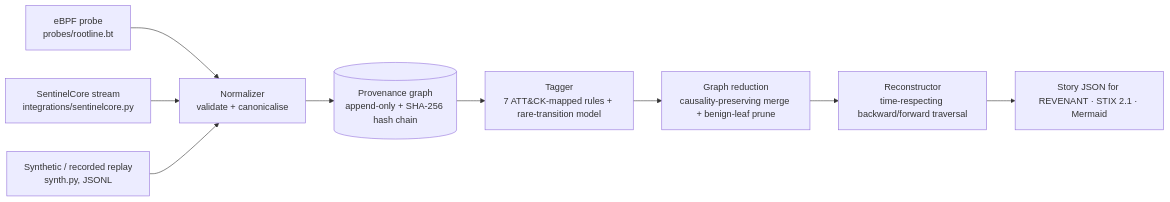
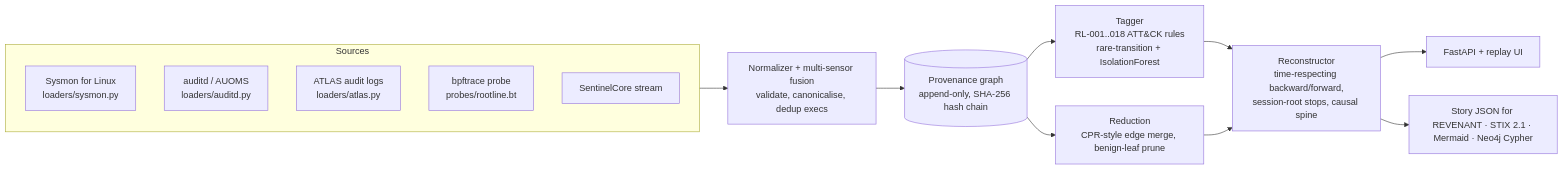
One commit to rakshit-737/rootline changed the diagram in README.md. Above: the diagram before and after it, drawn with Mermaid. The commit also changed other lines of this file, not shown here.

````diff
--- a/README.md
+++ b/README.md
@@ -23,11 +32,18 @@
 ```mermaid
 flowchart LR
-  SRC1[eBPF probe<br/>probes/rootline.bt] --> NORM
-  SRC2[SentinelCore stream<br/>integrations/sentinelcore.py] --> NORM
-  SRC3[Synthetic / recorded replay<br/>synth.py, JSONL] --> NORM
-  NORM[Normalizer<br/>validate + canonicalise] --> PG[(Provenance graph<br/>append-only + SHA-256 hash chain)]
-  PG --> DET[Tagger<br/>7 ATT&CK-mapped rules + rare-transition model]
-  DET --> RED[Graph reduction<br/>causality-preserving merge + benign-leaf prune]
-  RED --> REC[Reconstructor<br/>time-respecting backward/forward traversal]
-  REC --> OUT[Story JSON for REVENANT · STIX 2.1 · Mermaid]
+  subgraph Sources
+    S1[Sysmon for Linux<br/>loaders/sysmon.py]
+    S2[auditd / AUOMS<br/>loaders/auditd.py]
+    S3[ATLAS audit logs<br/>loaders/atlas.py]
+    S4[bpftrace probe<br/>probes/rootline.bt]
+    S5[SentinelCore stream]
+  end
+  Sources --> NORM[Normalizer + multi-sensor fusion<br/>validate, canonicalise, dedup execs]
+  NORM --> PG[(Provenance graph<br/>append-only, SHA-256 hash chain)]
+  PG --> DET[Tagger<br/>RL-001..018 ATT&CK rules<br/>rare-transition + IsolationForest]
+  PG --> RED[Reduction<br/>CPR-style edge merge, benign-leaf prune]
+  DET --> REC
+  RED --> REC[Reconstructor<br/>time-respecting backward/forward,<br/>session-root stops, causal spine]
+  REC --> API[FastAPI + replay UI]
+  REC --> EXP[Story JSON for REVENANT · STIX 2.1 · Mermaid · Neo4j Cypher]
 ```
````
